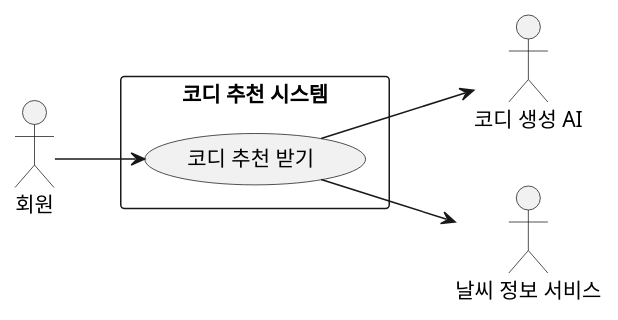
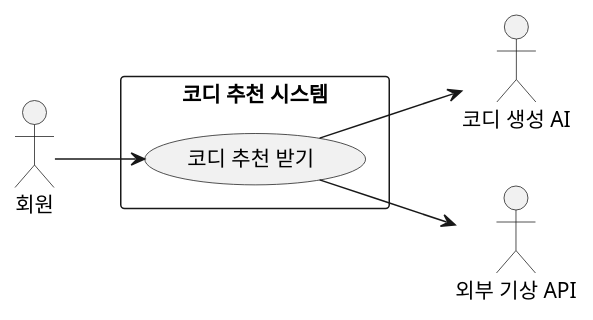
One commit to wzrabbit/closet-fairy-diagrams changed the diagram in src/content/docs/use-cases/6/6-1.md. Above: the diagram before and after it, drawn with PlantUML. The commit also changed other lines of this file and 1 other file, not shown here.

````diff
--- a/src/content/docs/use-cases/6/6-1.md
+++ b/src/content/docs/use-cases/6/6-1.md
@@ -36,19 +69,19 @@
 ```plantuml
 @startuml
 left to right direction
 skinparam packageStyle rectangle
 skinparam shadowing false
 
 actor "회원" as Member
 actor "코디 생성 AI" as AI
-actor "날씨 정보 서비스" as Weather
+actor "외부 기상 API" as Weather
 
 rectangle "코디 추천 시스템" {
   usecase "코디 추천 받기" as Recommend
 }
 
 Member --> Recommend
+Recommend --> Weather
 Recommend --> AI
-Recommend --> Weather
 @enduml
 ```
````
